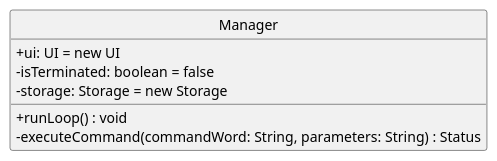
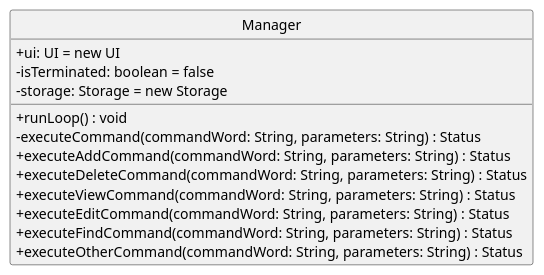
The diagram in docs/diagrams/ManagerClass.puml (nus-cs2113-AY2122S2/tp), drawn with PlantUML before and after one commit. The commit also changed 4 other files, not shown here.

Commit message:
Update DG UML

```diff
--- a/docs/diagrams/ManagerClass.puml
+++ b/docs/diagrams/ManagerClass.puml
@@ -1,14 +1,20 @@
 @startuml
 'https://plantuml.com/class-diagram
 hide circle
 skinparam classAttributeIconSize 0
 class Manager {
 + ui: UI = new UI
 - isTerminated: boolean = false
 - storage: Storage = new Storage
 + runLoop() : void
 - executeCommand(commandWord: String, parameters: String) : Status
++ executeAddCommand(commandWord: String, parameters: String) : Status
++ executeDeleteCommand(commandWord: String, parameters: String) : Status
++ executeViewCommand(commandWord: String, parameters: String) : Status
++ executeEditCommand(commandWord: String, parameters: String) : Status
++ executeFindCommand(commandWord: String, parameters: String) : Status
++ executeOtherCommand(commandWord: String, parameters: String) : Status
 }
 
 
 @enduml
```
